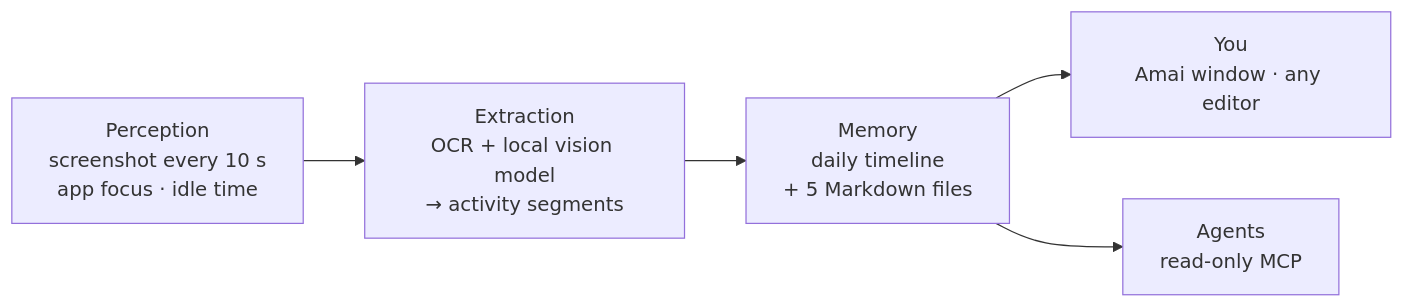
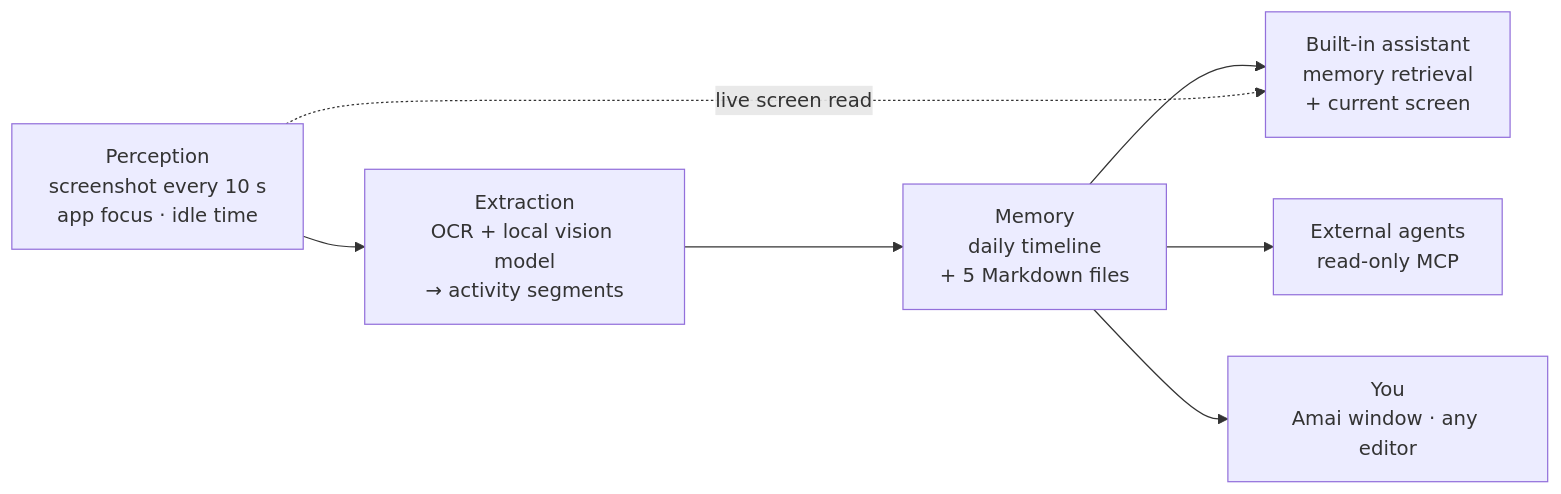
One commit to Penrose0v0/Amai changed the diagram in README.md. Above: the diagram before and after it, drawn with Mermaid. The commit also changed other lines of this file and 3 other files, not shown here.

````diff
--- a/README.md
+++ b/README.md
@@ -117,7 +136,9 @@
 ```mermaid
 flowchart LR
     A["Perception<br/>screenshot every 10 s<br/>app focus · idle time"] --> B["Extraction<br/>OCR + local vision model<br/>→ activity segments"]
     B --> C["Memory<br/>daily timeline<br/>+ 5 Markdown files"]
-    C --> D["You<br/>Amai window · any editor"]
-    C --> E["Agents<br/>read-only MCP"]
+    C --> D["Built-in assistant<br/>memory retrieval<br/>+ current screen"]
+    C --> E["External agents<br/>read-only MCP"]
+    C --> F["You<br/>Amai window · any editor"]
+    A -. "live screen read" .-> D
 ```
````
